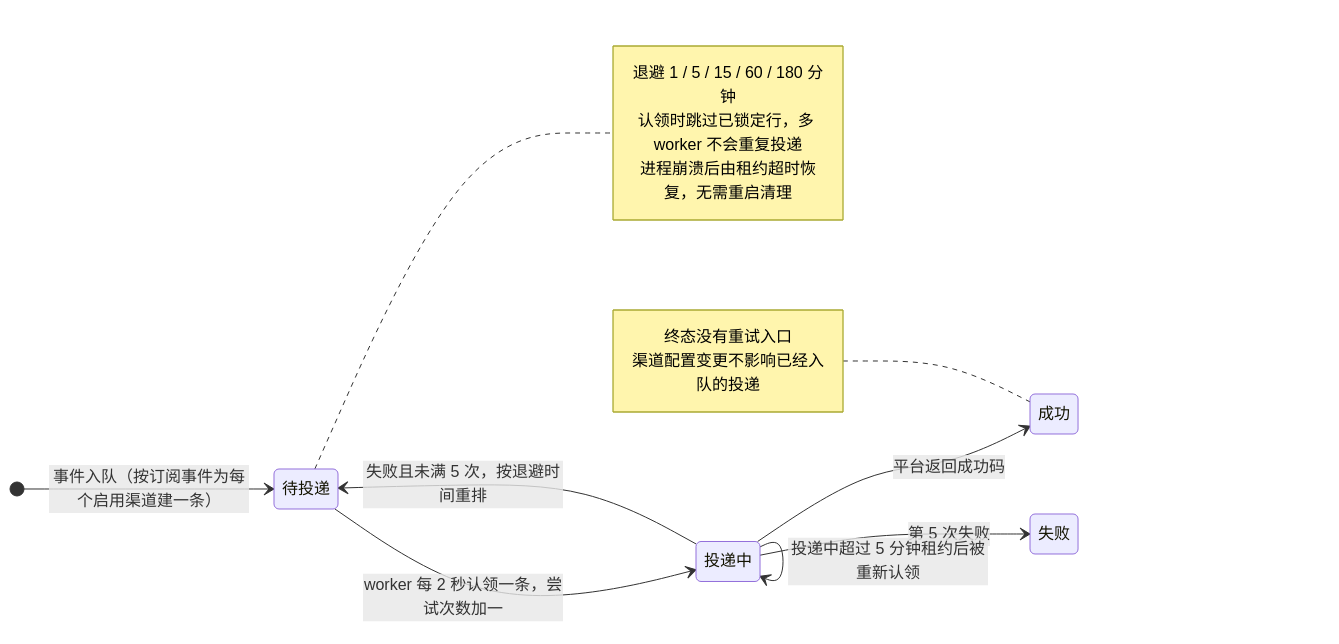
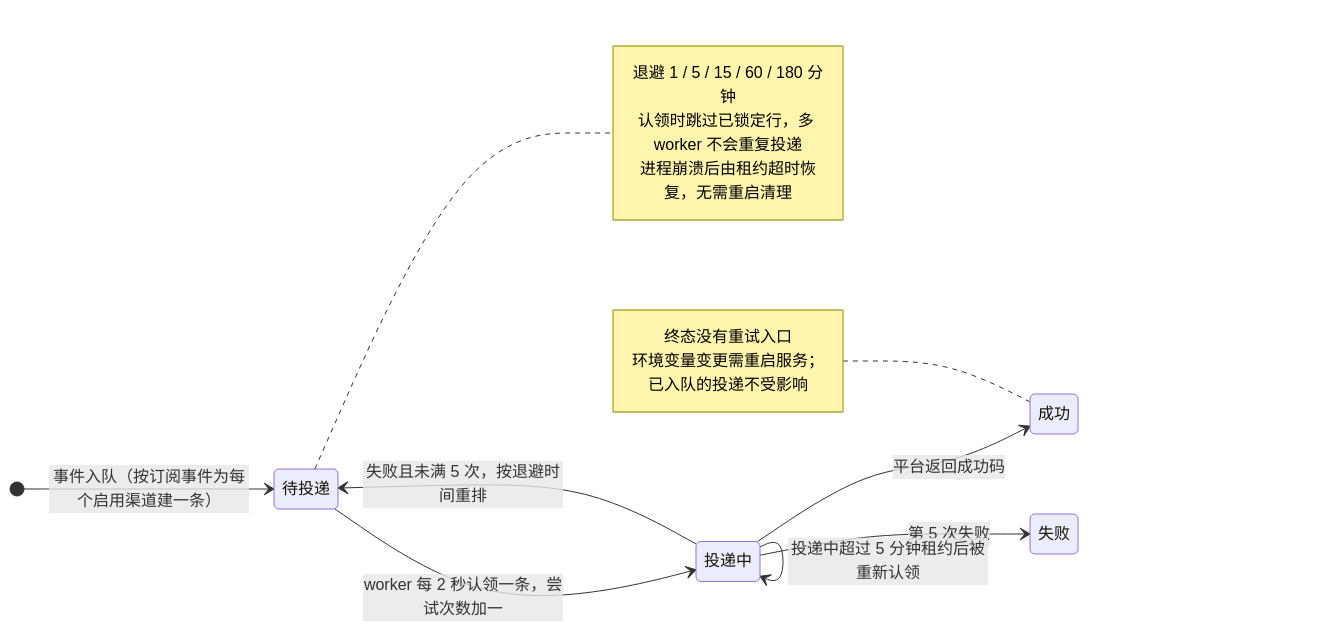
One commit to Sakana-1314/Electrical-Manager changed diagram 16 of 24 in docs/websites/pages/dev-state-machines.md. Above: the diagram before and after it, drawn with Mermaid. The commit also changed other lines of this file and 74 other files, not shown here.

````diff
--- a/docs/websites/pages/dev-state-machines.md
+++ b/docs/websites/pages/dev-state-machines.md
@@ -284,19 +284,19 @@
 ```mermaid
 stateDiagram-v2
     direction LR
     [*] --> 待投递 : 事件入队（按订阅事件为每个启用渠道建一条）
     待投递 --> 投递中 : worker 每 2 秒认领一条，尝试次数加一
     投递中 --> 成功 : 平台返回成功码
     投递中 --> 待投递 : 失败且未满 5 次，按退避时间重排
     投递中 --> 失败 : 第 5 次失败
     投递中 --> 投递中 : 投递中超过 5 分钟租约后被重新认领
     note right of 待投递
         退避 1 / 5 / 15 / 60 / 180 分钟
         认领时跳过已锁定行，多 worker 不会重复投递
         进程崩溃后由租约超时恢复，无需重启清理
     end note
     note left of 成功
         终态没有重试入口
-        渠道配置变更不影响已经入队的投递
+        环境变量变更需重启服务；已入队的投递不受影响
     end note
 ```
````
